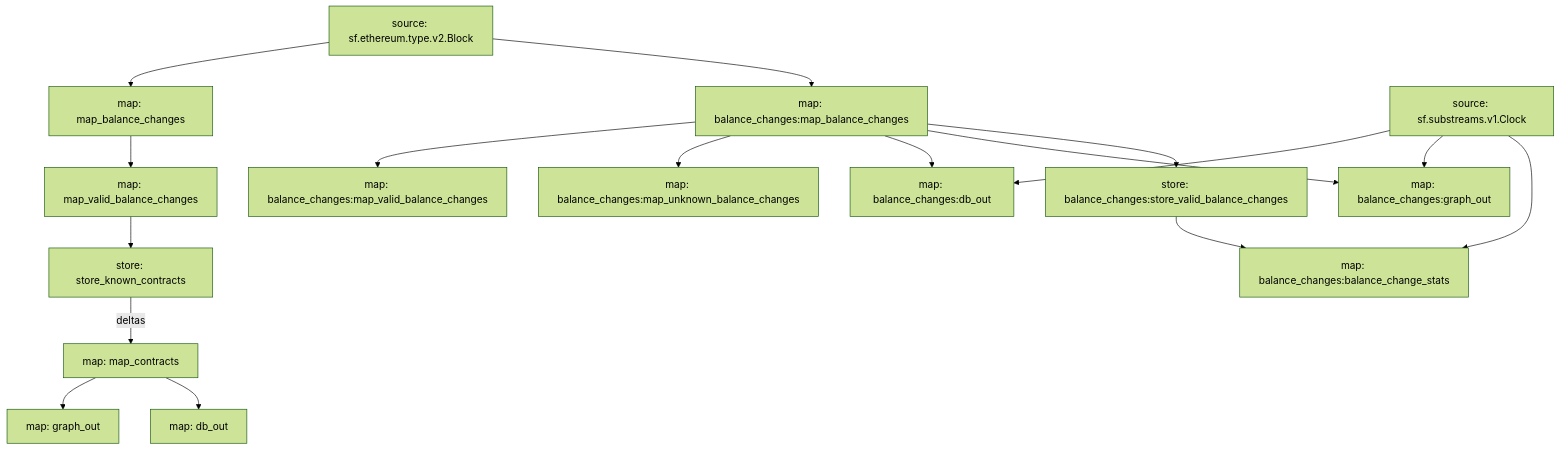
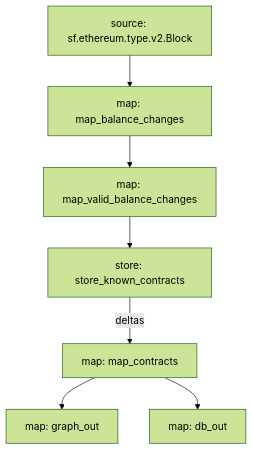
One commit to pinax-network/substreams-erc20-contracts changed the diagram in README.md. Above: the diagram before and after it, drawn with Mermaid (forest theme). The commit also changed other lines of this file, not shown here.

````diff
--- a/README.md
+++ b/README.md
@@ -51,32 +51,15 @@
 ```mermaid
 graph TD;
   map_balance_changes[map: map_balance_changes];
   sf.ethereum.type.v2.Block[source: sf.ethereum.type.v2.Block] --> map_balance_changes;
   map_valid_balance_changes[map: map_valid_balance_changes];
   map_balance_changes --> map_valid_balance_changes;
   store_known_contracts[store: store_known_contracts];
   map_valid_balance_changes --> store_known_contracts;
   map_contracts[map: map_contracts];
   store_known_contracts -- deltas --> map_contracts;
   graph_out[map: graph_out];
   map_contracts --> graph_out;
   db_out[map: db_out];
   map_contracts --> db_out;
-  balance_changes:map_balance_changes[map: balance_changes:map_balance_changes];
-  sf.ethereum.type.v2.Block[source: sf.ethereum.type.v2.Block] --> balance_changes:map_balance_changes;
-  balance_changes:map_valid_balance_changes[map: balance_changes:map_valid_balance_changes];
-  balance_changes:map_balance_changes --> balance_changes:map_valid_balance_changes;
-  balance_changes:map_unknown_balance_changes[map: balance_changes:map_unknown_balance_changes];
-  balance_changes:map_balance_changes --> balance_changes:map_unknown_balance_changes;
-  balance_changes:db_out[map: balance_changes:db_out];
-  sf.substreams.v1.Clock[source: sf.substreams.v1.Clock] --> balance_changes:db_out;
-  balance_changes:map_balance_changes --> balance_changes:db_out;
-  balance_changes:graph_out[map: balance_changes:graph_out];
-  sf.substreams.v1.Clock[source: sf.substreams.v1.Clock] --> balance_changes:graph_out;
-  balance_changes:map_balance_changes --> balance_changes:graph_out;
-  balance_changes:store_valid_balance_changes[store: balance_changes:store_valid_balance_changes];
-  balance_changes:map_balance_changes --> balance_changes:store_valid_balance_changes;
-  balance_changes:balance_change_stats[map: balance_changes:balance_change_stats];
-  sf.substreams.v1.Clock[source: sf.substreams.v1.Clock] --> balance_changes:balance_change_stats;
-  balance_changes:store_valid_balance_changes --> balance_changes:balance_change_stats;
 ```
````
